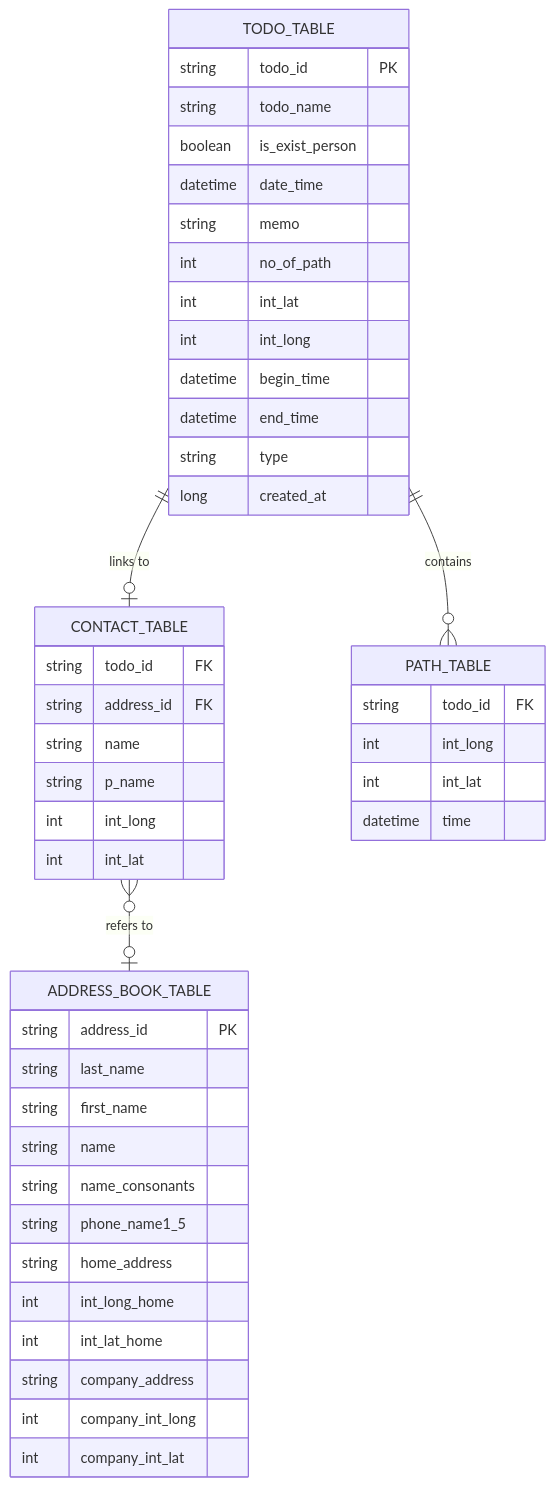
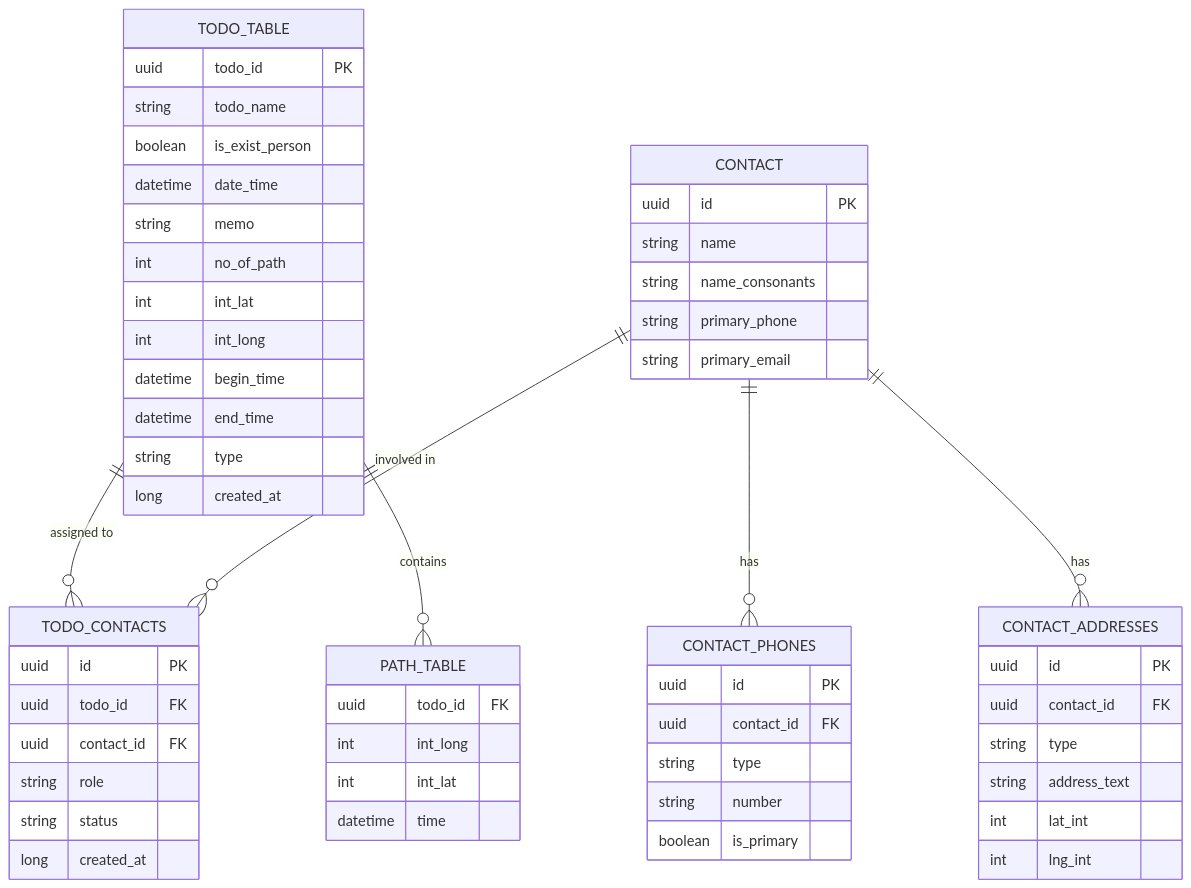
The diagram in docs/logic/erd.md (parkjke/AllToDo), drawn with Mermaid before and after one commit. The commit also changed other lines of this file and 62 other files, not shown here.

````diff
--- a/docs/logic/erd.md
+++ b/docs/logic/erd.md
@@ -5,52 +5,64 @@
 ```mermaid
 erDiagram
-    TODO_TABLE ||--o| CONTACT_TABLE : "links to"
+    TODO_TABLE ||--o{ TODO_CONTACTS : "assigned to"
+    CONTACT ||--o{ TODO_CONTACTS : "involved in"
+    CONTACT ||--o{ CONTACT_PHONES : "has"
+    CONTACT ||--o{ CONTACT_ADDRESSES : "has"
     TODO_TABLE ||--o{ PATH_TABLE : "contains"
-    CONTACT_TABLE }o--o| ADDRESS_BOOK_TABLE : "refers to"
 
     TODO_TABLE {
-        string todo_id PK
+        uuid todo_id PK
         string todo_name
         boolean is_exist_person
         datetime date_time
         string memo
         int no_of_path
         int int_lat
         int int_long
         datetime begin_time
         datetime end_time
         string type
         long created_at
     }
 
-    CONTACT_TABLE {
-        string todo_id FK
-        string address_id FK
+    CONTACT {
+        uuid id PK
         string name
-        string p_name
-        int int_long
-        int int_lat
+        string name_consonants
+        string primary_phone
+        string primary_email
     }
 
-    ADDRESS_BOOK_TABLE {
-        string address_id PK
-        string last_name
-        string first_name
-        string name
-        string name_consonants
-        string phone_name1_5
-        string home_address
-        int int_long_home
-        int int_lat_home
-        string company_address
-        int company_int_long
-        int company_int_lat
+    CONTACT_PHONES {
+        uuid id PK
+        uuid contact_id FK
+        string type
+        string number
+        boolean is_primary
+    }
+
+    CONTACT_ADDRESSES {
+        uuid id PK
+        uuid contact_id FK
+        string type
+        string address_text
+        int lat_int
+        int lng_int
+    }
+
+    TODO_CONTACTS {
+        uuid id PK
+        uuid todo_id FK
+        uuid contact_id FK
+        string role
+        string status
+        long created_at
     }
 
     PATH_TABLE {
-        string todo_id FK
+        uuid todo_id FK
         int int_long
         int int_lat
         datetime time
     }
 ```
````
